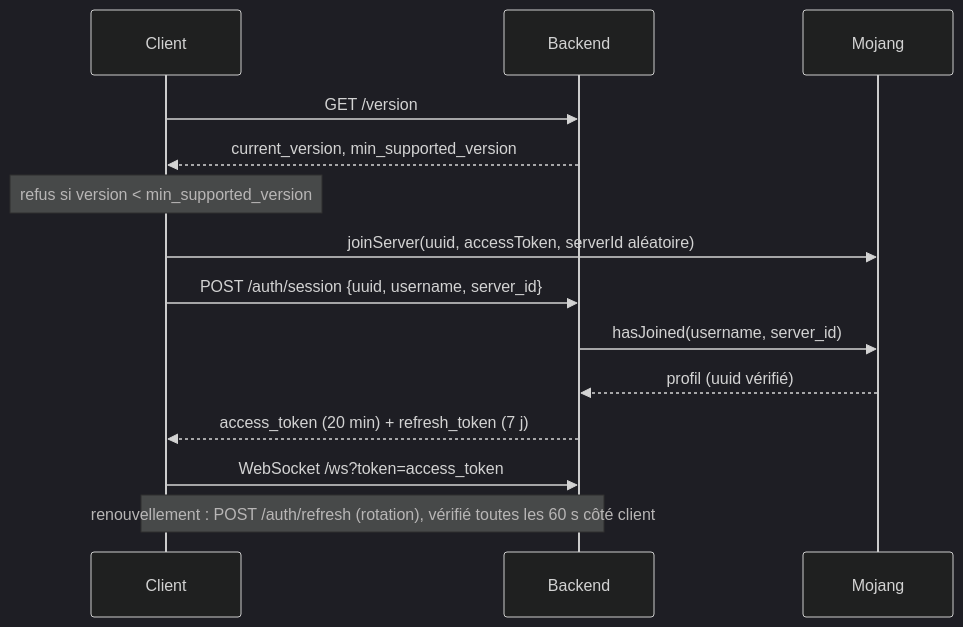
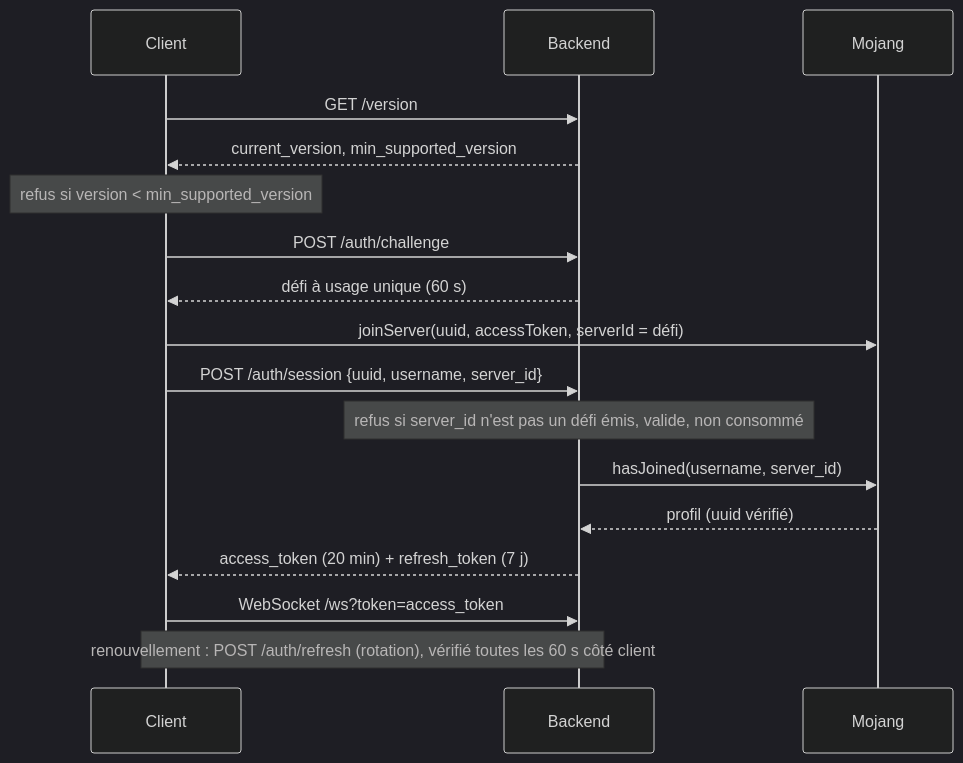
Before and after one commit to TrAdrienGit/Phantasmon-Client: the second of 3 diagrams in Documentation/architecture/system-overview.md, drawn with Mermaid (dark theme). The commit also changed 18 other files, not shown here.

First line of the commit message:
Implement security enhancements and update authentication flow

````diff
--- a/Documentation/architecture/system-overview.md
+++ b/Documentation/architecture/system-overview.md
@@ -72,16 +72,19 @@
 ```mermaid
 sequenceDiagram
     participant C as Client
     participant B as Backend
     participant M as Mojang
     C->>B: GET /version
     B-->>C: current_version, min_supported_version
     Note over C: refus si version < min_supported_version
-    C->>M: joinServer(uuid, accessToken, serverId aléatoire)
+    C->>B: POST /auth/challenge
+    B-->>C: défi à usage unique (60 s)
+    C->>M: joinServer(uuid, accessToken, serverId = défi)
     C->>B: POST /auth/session {uuid, username, server_id}
+    Note over B: refus si server_id n'est pas un défi émis, valide, non consommé
     B->>M: hasJoined(username, server_id)
     M-->>B: profil (uuid vérifié)
     B-->>C: access_token (20 min) + refresh_token (7 j)
     C->>B: WebSocket /ws?token=access_token
     Note over C,B: renouvellement : POST /auth/refresh (rotation), vérifié toutes les 60 s côté client
 ```
````
